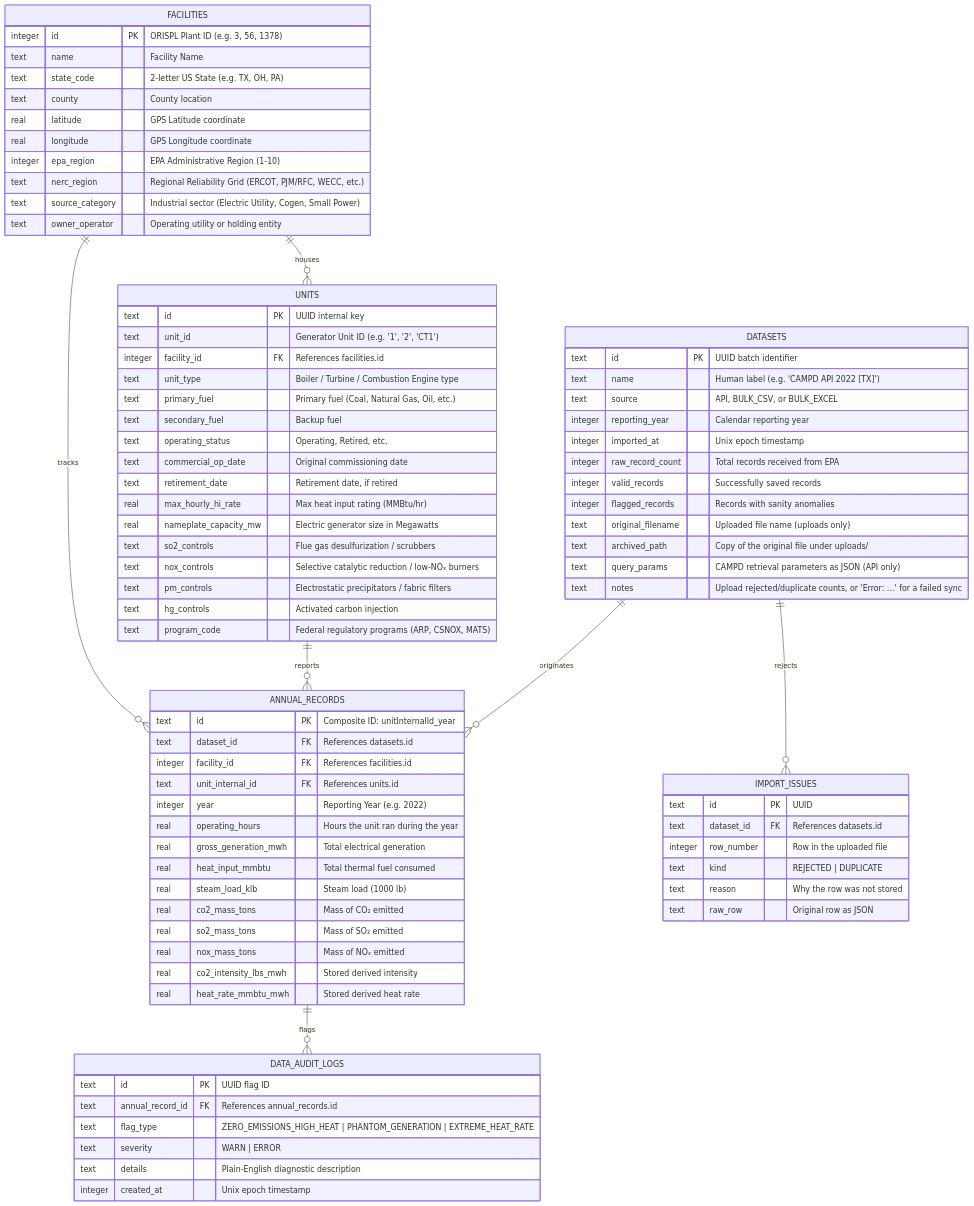
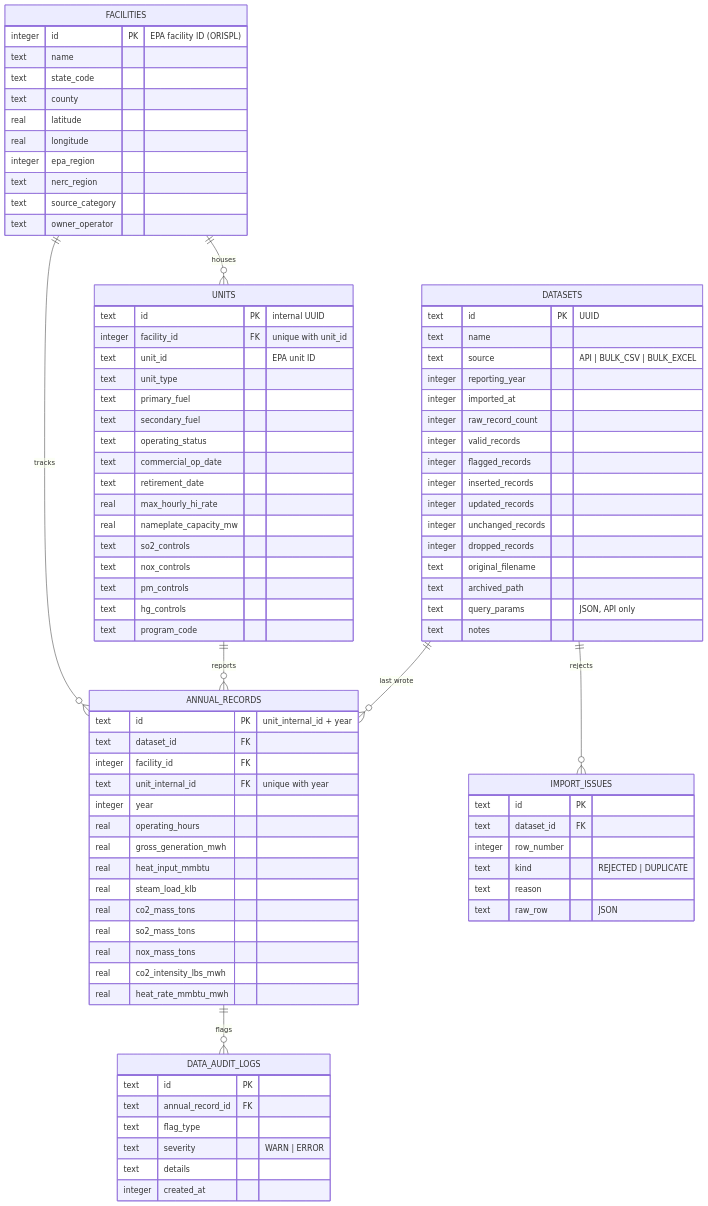
The second of 2 diagrams in README.md (raajbanga/cs396-project), drawn with Mermaid before and after one commit. The commit also changed other lines of this file and 70 other files, not shown here.

````diff
--- a/README.md
+++ b/README.md
@@ -95,89 +258,93 @@
     FACILITIES ||--o{ UNITS : "houses"
     FACILITIES ||--o{ ANNUAL_RECORDS : "tracks"
     UNITS ||--o{ ANNUAL_RECORDS : "reports"
-    DATASETS ||--o{ ANNUAL_RECORDS : "originates"
+    DATASETS ||--o{ ANNUAL_RECORDS : "last wrote"
     ANNUAL_RECORDS ||--o{ DATA_AUDIT_LOGS : "flags"
     DATASETS ||--o{ IMPORT_ISSUES : "rejects"
 
     FACILITIES {
-        integer id PK "ORISPL Plant ID (e.g. 3, 56, 1378)"
-        text name "Facility Name"
-        text state_code "2-letter US State (e.g. TX, OH, PA)"
-        text county "County location"
-        real latitude "GPS Latitude coordinate"
-        real longitude "GPS Longitude coordinate"
-        integer epa_region "EPA Administrative Region (1-10)"
-        text nerc_region "Regional Reliability Grid (ERCOT, PJM/RFC, WECC, etc.)"
-        text source_category "Industrial sector (Electric Utility, Cogen, Small Power)"
-        text owner_operator "Operating utility or holding entity"
+        integer id PK "EPA facility ID (ORISPL)"
+        text name
+        text state_code
+        text county
+        real latitude
+        real longitude
+        integer epa_region
+        text nerc_region
+        text source_category
+        text owner_operator
     }
 
     UNITS {
-        text id PK "UUID internal key"
-        text unit_id "Generator Unit ID (e.g. '1', '2', 'CT1')"
-        integer facility_id FK "References facilities.id"
-        text unit_type "Boiler / Turbine / Combustion Engine type"
-        text primary_fuel "Primary fuel (Coal, Natural Gas, Oil, etc.)"
-        text secondary_fuel "Backup fuel"
-        text operating_status "Operating, Retired, etc."
-        text commercial_op_date "Original commissioning date"
-        text retirement_date "Retirement date, if retired"
-        real max_hourly_hi_rate "Max heat input rating (MMBtu/hr)"
-        real nameplate_capacity_mw "Electric generator size in Megawatts"
-        text so2_controls "Flue gas desulfurization / scrubbers"
-        text nox_controls "Selective catalytic reduction / low-NOₓ burners"
-        text pm_controls "Electrostatic precipitators / fabric filters"
-        text hg_controls "Activated carbon injection"
-        text program_code "Federal regulatory programs (ARP, CSNOX, MATS)"
+        text id PK "internal UUID"
+        integer facility_id FK "unique with unit_id"
+        text unit_id "EPA unit ID"
+        text unit_type
+        text primary_fuel
+        text secondary_fuel
+        text operating_status
+        text commercial_op_date
+        text retirement_date
+        real max_hourly_hi_rate
+        real nameplate_capacity_mw
+        text so2_controls
+        text nox_controls
+        text pm_controls
+        text hg_controls
+        text program_code
     }
 
     DATASETS {
-        text id PK "UUID batch identifier"
-        text name "Human label (e.g. 'CAMPD API 2022 [TX]')"
-        text source "API, BULK_CSV, or BULK_EXCEL"
-        integer reporting_year "Calendar reporting year"
-        integer imported_at "Unix epoch timestamp"
-        integer raw_record_count "Total records received from EPA"
-        integer valid_records "Successfully saved records"
-        integer flagged_records "Records with sanity anomalies"
-        text original_filename "Uploaded file name (uploads only)"
-        text archived_path "Copy of the original file under uploads/"
-        text query_params "CAMPD retrieval parameters as JSON (API only)"
-        text notes "Upload rejected/duplicate counts, or 'Error: …' for a failed sync"
+        text id PK "UUID"
+        text name
+        text source "API | BULK_CSV | BULK_EXCEL"
+        integer reporting_year
+        integer imported_at
+        integer raw_record_count
+        integer valid_records
+        integer flagged_records
+        integer inserted_records
+        integer updated_records
+        integer unchanged_records
+        integer dropped_records
+        text original_filename
+        text archived_path
+        text query_params "JSON, API only"
+        text notes
     }
 
     ANNUAL_RECORDS {
-        text id PK "Composite ID: unitInternalId_year"
-        text dataset_id FK "References datasets.id"
-        integer facility_id FK "References facilities.id"
-        text unit_internal_id FK "References units.id"
-        integer year "Reporting Year (e.g. 2022)"
-        real operating_hours "Hours the unit ran during the year"
-        real gross_generation_mwh "Total electrical generation"
-        real heat_input_mmbtu "Total thermal fuel consumed"
-        real steam_load_klb "Steam load (1000 lb)"
-        real co2_mass_tons "Mass of CO₂ emitted"
-        real so2_mass_tons "Mass of SO₂ emitted"
-        real nox_mass_tons "Mass of NOₓ emitted"
-        real co2_intensity_lbs_mwh "Stored derived intensity"
-        real heat_rate_mmbtu_mwh "Stored derived heat rate"
+        text id PK "unit_internal_id + year"
+        text dataset_id FK
+        integer facility_id FK
+        text unit_internal_id FK "unique with year"
+        integer year
+        real operating_hours
+        real gross_generation_mwh
+        real heat_input_mmbtu
+        real steam_load_klb
+        real co2_mass_tons
+        real so2_mass_tons
+        real nox_mass_tons
+        real co2_intensity_lbs_mwh
+        real heat_rate_mmbtu_mwh
     }
 
     IMPORT_ISSUES {
-        text id PK "UUID"
-        text dataset_id FK "References datasets.id"
-        integer row_number "Row in the uploaded file"
+        text id PK
+        text dataset_id FK
+        integer row_number
         text kind "REJECTED | DUPLICATE"
-        text reason "Why the row was not stored"
-        text raw_row "Original row as JSON"
+        text reason
+        text raw_row "JSON"
     }
 
     DATA_AUDIT_LOGS {
-        text id PK "UUID flag ID"
-        text annual_record_id FK "References annual_records.id"
-        text flag_type "ZERO_EMISSIONS_HIGH_HEAT | PHANTOM_GENERATION | EXTREME_HEAT_RATE"
+        text id PK
+        text annual_record_id FK
+        text flag_type
         text severity "WARN | ERROR"
-        text details "Plain-English diagnostic description"
-        integer created_at "Unix epoch timestamp"
+        text details
+        integer created_at
     }
 ```
````
